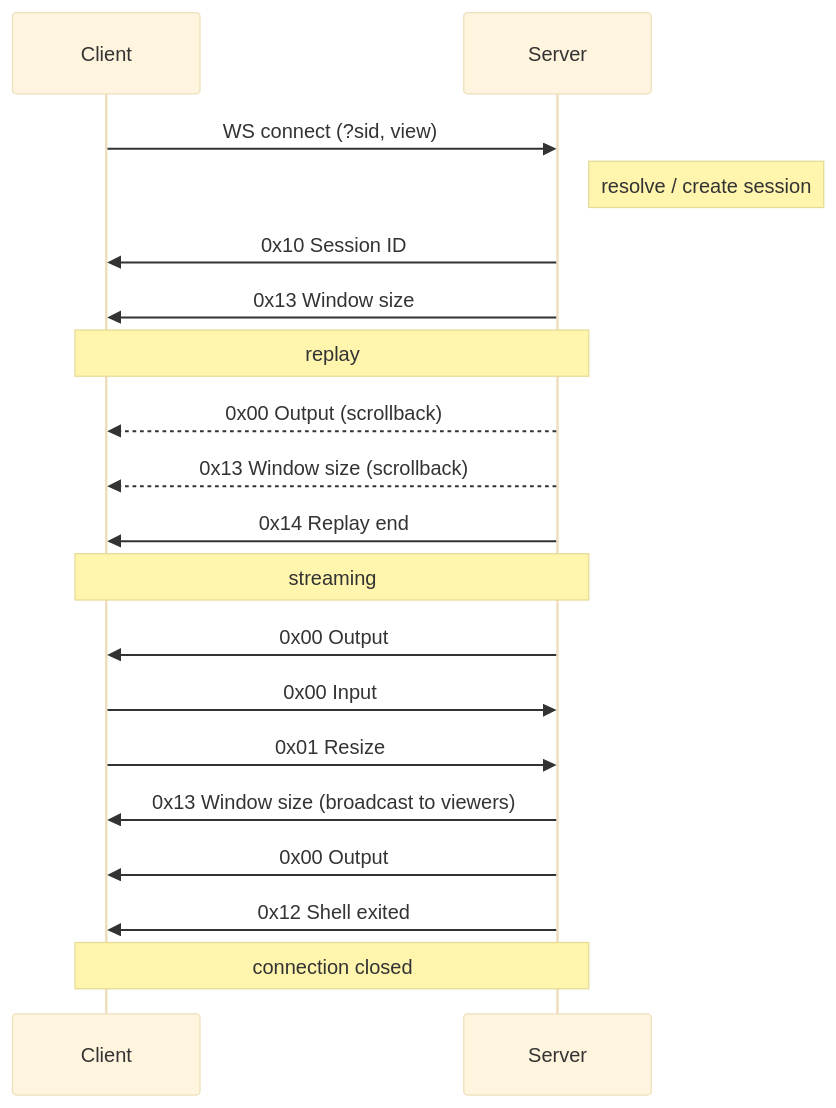
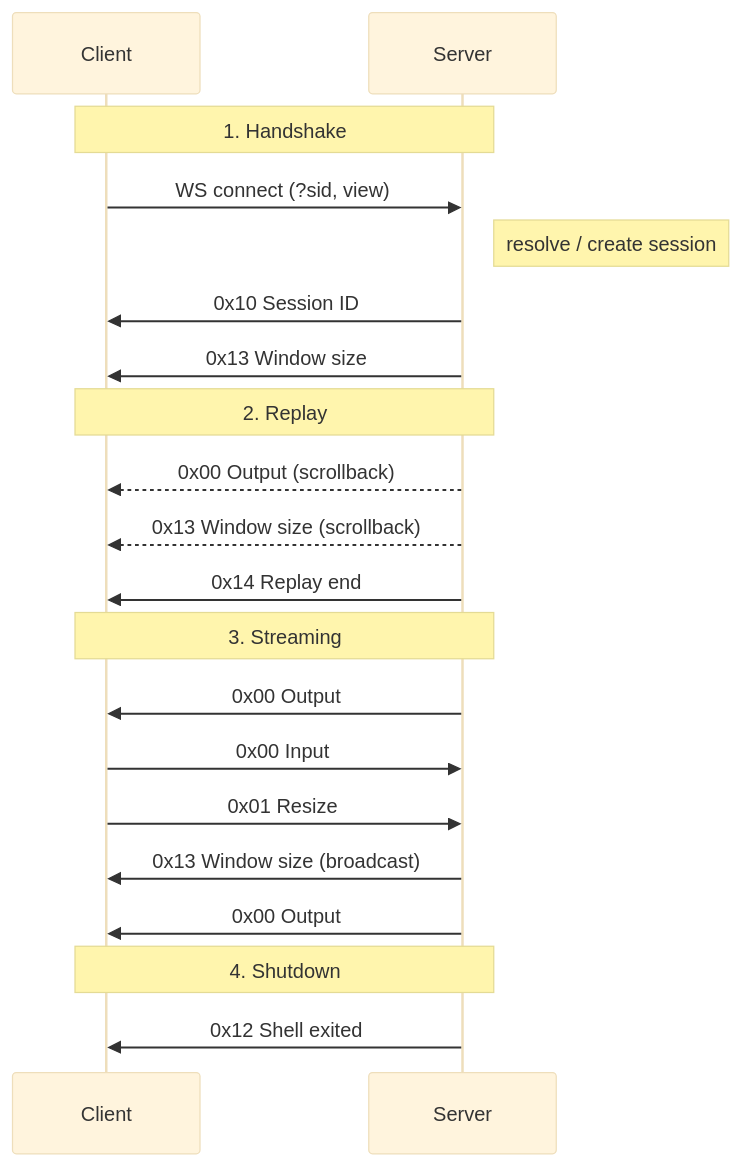
Before and after one commit to Alviner/tty-web: the diagram in docs/src/wire-protocol.md, drawn with Mermaid (base theme).

Commit message:
fix(mmd): use patched version

````diff
--- a/docs/src/wire-protocol.md
+++ b/docs/src/wire-protocol.md
@@ -27,22 +27,26 @@
 ```mermaid
 sequenceDiagram
     participant C as Client
     participant S as Server
 
+    Note over C,S: 1. Handshake
     C->>S: WS connect (?sid, view)
     Note right of S: resolve / create session
     S->>C: 0x10 Session ID
     S->>C: 0x13 Window size
-    Note over C,S: replay
+
+    Note over C,S: 2. Replay
     S-->>C: 0x00 Output (scrollback)
     S-->>C: 0x13 Window size (scrollback)
     S->>C: 0x14 Replay end
-    Note over C,S: streaming
+
+    Note over C,S: 3. Streaming
     S->>C: 0x00 Output
     C->>S: 0x00 Input
     C->>S: 0x01 Resize
-    S->>C: 0x13 Window size (broadcast to viewers)
+    S->>C: 0x13 Window size (broadcast)
     S->>C: 0x00 Output
+
+    Note over C,S: 4. Shutdown
     S->>C: 0x12 Shell exited
-    Note over C,S: connection closed
 ```
````
